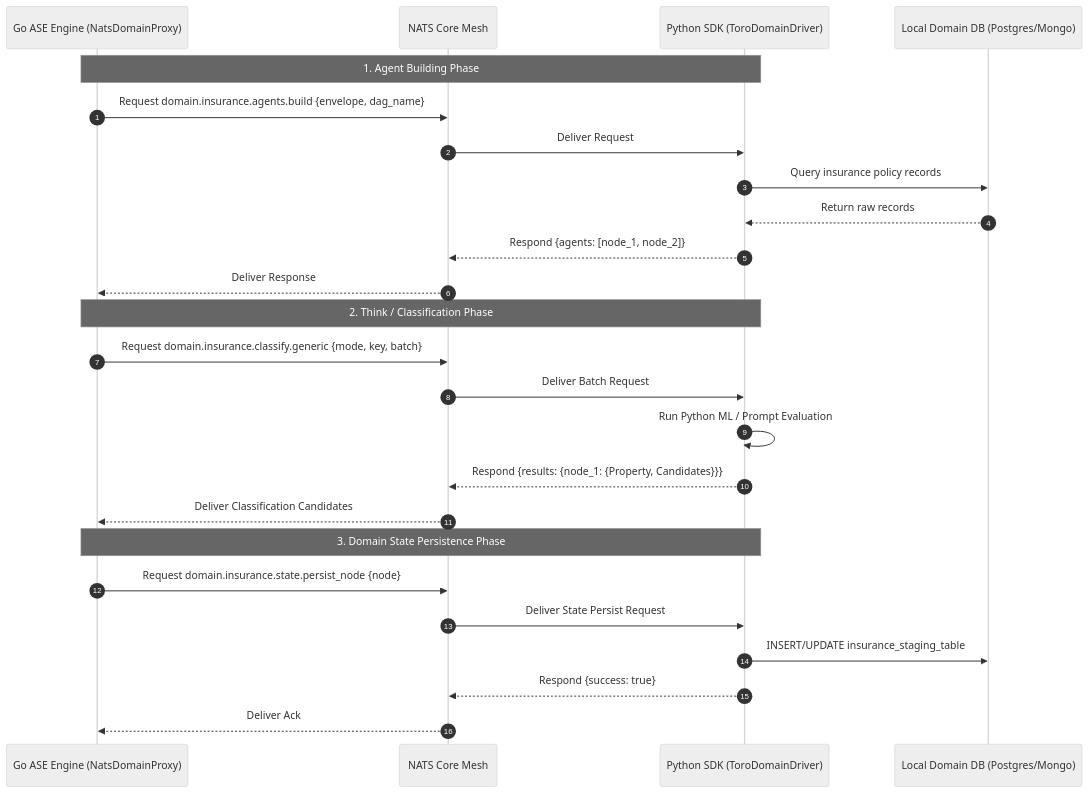
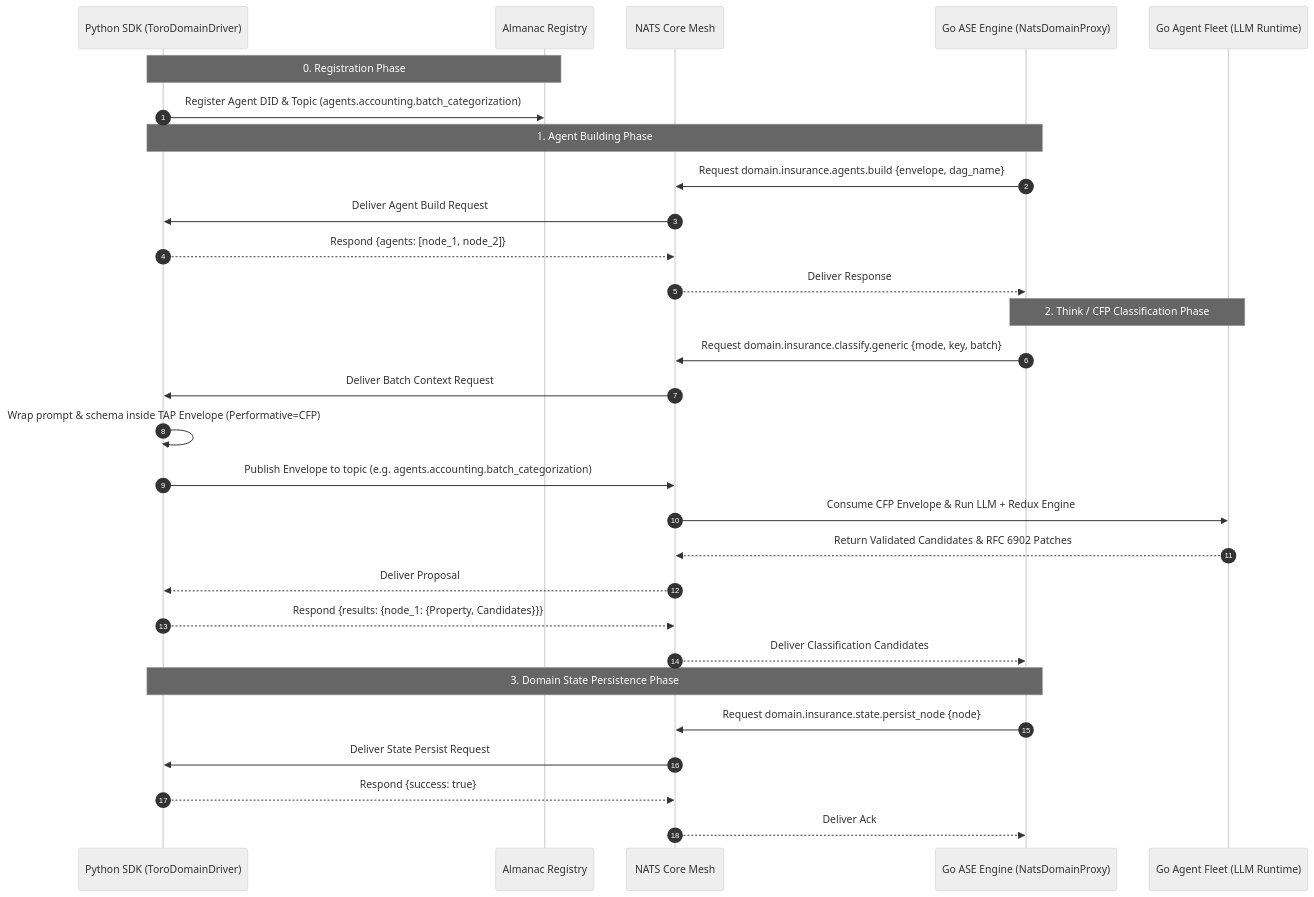
One commit to Yankzy/usetoro changed the first of 2 diagrams in docs/prds/python_sdk.md. Above: the diagram before and after it, drawn with Mermaid (neutral theme). The commit also changed other lines of this file, not shown here.

Commit message:
docs(prd): add explicit Almanac registration and TAP Envelope CFP NATS topic publishing to Python SDK PRD

````diff
--- a/docs/prds/python_sdk.md
+++ b/docs/prds/python_sdk.md
@@ -187,30 +211,35 @@
 ```mermaid
 sequenceDiagram
     autonumber
+    participant PyDriver as Python SDK (ToroDomainDriver)
+    participant Almanac as Almanac Registry
+    participant NATS as NATS Core Mesh
     participant GoASE as Go ASE Engine (NatsDomainProxy)
-    participant NATS as NATS Core Mesh
-    participant PyDriver as Python SDK (ToroDomainDriver)
-    participant PyDB as Local Domain DB (Postgres/Mongo)
+    participant GoFleet as Go Agent Fleet (LLM Runtime)
+
+    Note over PyDriver, Almanac: 0. Registration Phase
+    PyDriver->>Almanac: Register Agent DID & Topic (agents.accounting.batch_categorization)
 
     Note over GoASE, PyDriver: 1. Agent Building Phase
     GoASE->>NATS: Request domain.insurance.agents.build {envelope, dag_name}
-    NATS->>PyDriver: Deliver Request
-    PyDriver->>PyDB: Query insurance policy records
-    PyDB-->>PyDriver: Return raw records
+    NATS->>PyDriver: Deliver Agent Build Request
     PyDriver-->>NATS: Respond {agents: [node_1, node_2]}
     NATS-->>GoASE: Deliver Response
 
-    Note over GoASE, PyDriver: 2. Think / Classification Phase
+    Note over GoASE, GoFleet: 2. Think / CFP Classification Phase
     GoASE->>NATS: Request domain.insurance.classify.generic {mode, key, batch}
-    NATS->>PyDriver: Deliver Batch Request
-    PyDriver->>PyDriver: Run Python ML / Prompt Evaluation
+    NATS->>PyDriver: Deliver Batch Context Request
+    PyDriver->>PyDriver: Wrap prompt & schema inside TAP Envelope (Performative=CFP)
+    PyDriver->>NATS: Publish Envelope to topic (e.g. agents.accounting.batch_categorization)
+    NATS->>GoFleet: Consume CFP Envelope & Run LLM + Redux Engine
+    GoFleet-->>NATS: Return Validated Candidates & RFC 6902 Patches
+    NATS-->>PyDriver: Deliver Proposal
     PyDriver-->>NATS: Respond {results: {node_1: {Property, Candidates}}}
     NATS-->>GoASE: Deliver Classification Candidates
 
     Note over GoASE, PyDriver: 3. Domain State Persistence Phase
     GoASE->>NATS: Request domain.insurance.state.persist_node {node}
     NATS->>PyDriver: Deliver State Persist Request
-    PyDriver->>PyDB: INSERT/UPDATE insurance_staging_table
     PyDriver-->>NATS: Respond {success: true}
     NATS-->>GoASE: Deliver Ack
 ```
````
